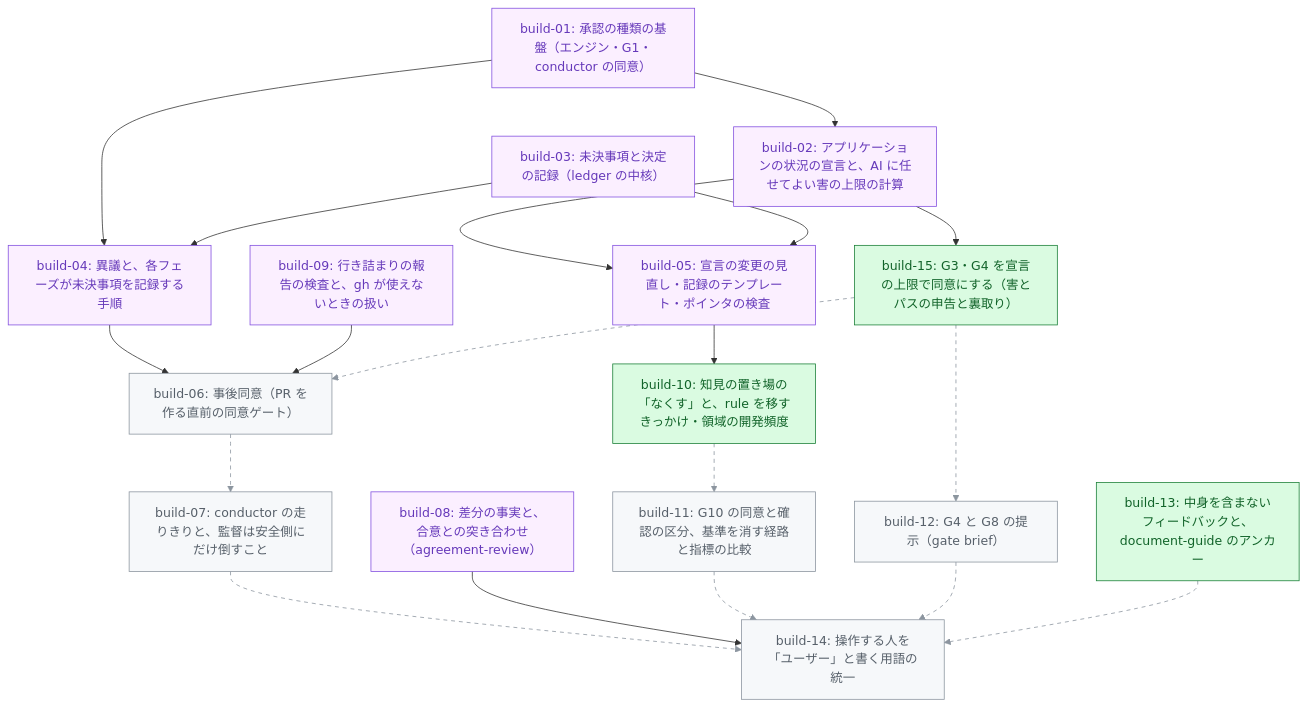
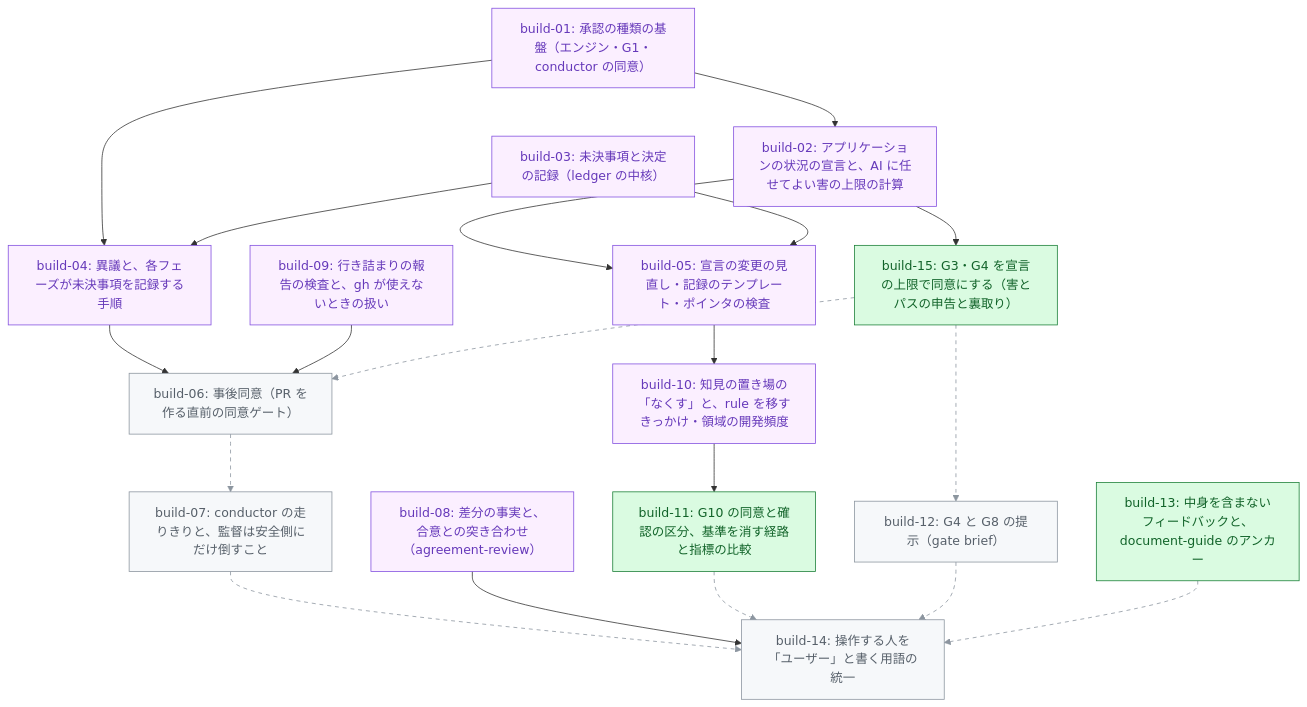
One commit to tak-solder/hikyaku changed the diagram in .hikyaku/cycles/001-v3-core-concepts/tasklist.md. Above: the diagram before and after it, drawn with Mermaid. The commit also changed other lines of this file and 1 other file, not shown here.

Commit message:
builder(001-v3-core-concepts): build-10 の PR を記録する（#116）
Claude-Session: https://claude.ai/code/session_01RJieNbZxJTuNKqjvWpTagW

````diff
--- a/.hikyaku/cycles/001-v3-core-concepts/tasklist.md
+++ b/.hikyaku/cycles/001-v3-core-concepts/tasklist.md
@@ -30,43 +30,43 @@
 ```mermaid
 graph TD
   b01["build-01: 承認の種類の基盤（エンジン・G1・conductor の同意）"]
   b02["build-02: アプリケーションの状況の宣言と、AI に任せてよい害の上限の計算"]
   b03["build-03: 未決事項と決定の記録（ledger の中核）"]
   b04["build-04: 異議と、各フェーズが未決事項を記録する手順"]
   b05["build-05: 宣言の変更の見直し・記録のテンプレート・ポインタの検査"]
   b06["build-06: 事後同意（PR を作る直前の同意ゲート）"]
   b07["build-07: conductor の走りきりと、監督は安全側にだけ倒すこと"]
   b08["build-08: 差分の事実と、合意との突き合わせ（agreement-review）"]
   b09["build-09: 行き詰まりの報告の検査と、gh が使えないときの扱い"]
   b10["build-10: 知見の置き場の「なくす」と、rule を移すきっかけ・領域の開発頻度"]
   b11["build-11: G10 の同意と確認の区分、基準を消す経路と指標の比較"]
   b12["build-12: G4 と G8 の提示（gate brief）"]
   b13["build-13: 中身を含まないフィードバックと、document-guide のアンカー"]
   b14["build-14: 操作する人を「ユーザー」と書く用語の統一"]
   b15["build-15: G3・G4 を宣言の上限で同意にする（害とパスの申告と裏取り）"]
   b01 --> b02
   b01 --> b04
   b03 --> b04
   b02 --> b05
   b03 --> b05
   b04 --> b06
   b09 --> b06
   b15 -.-> b06
   b06 -.-> b07
   b05 --> b10
-  b10 -.-> b11
+  b10 --> b11
   b15 -.-> b12
   b07 -.-> b14
   b08 --> b14
   b11 -.-> b14
   b12 -.-> b14
   b13 -.-> b14
   b02 --> b15
   classDef merged fill:#fbefff,stroke:#8250df,color:#6639ba
   classDef ready fill:#dafbe1,stroke:#1a7f37,color:#116329
   classDef blocked fill:#f6f8fa,stroke:#8c959f,color:#57606a
-  class b01,b02,b03,b04,b05,b08,b09 merged
-  class b10,b13,b15 ready
-  class b06,b07,b11,b12,b14 blocked
-  linkStyle 7,8,10,11,12,14,15,16 stroke:#8c959f,stroke-dasharray:5 5
+  class b01,b02,b03,b04,b05,b08,b09,b10 merged
+  class b11,b13,b15 ready
+  class b06,b07,b12,b14 blocked
+  linkStyle 7,8,11,12,14,15,16 stroke:#8c959f,stroke-dasharray:5 5
 ```
````
